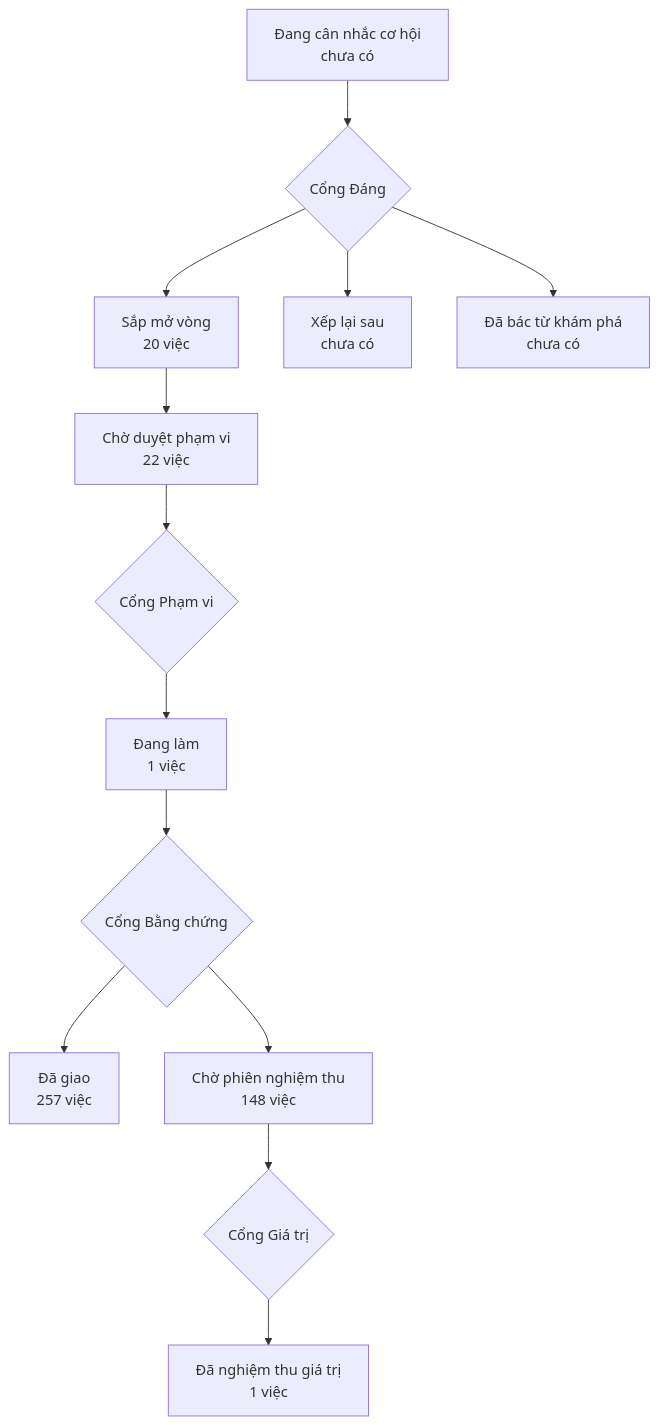
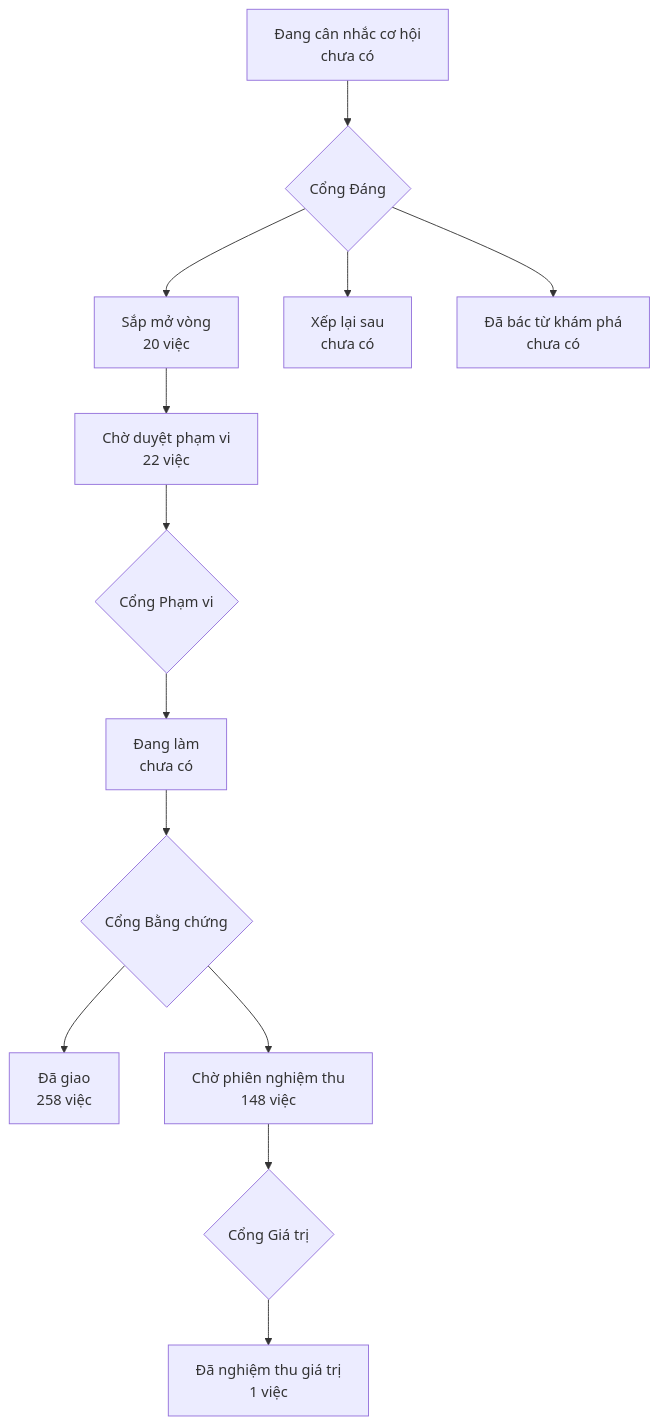
One commit to phanlemanh/onehub-invest changed the diagram in PRODUCT-MAP.md. Above: the diagram before and after it, drawn with Mermaid. The commit also changed other lines of this file and 4 other files, not shown here.

Commit message:
docs(acceptance): PB8 máy thông — mục lo-trinh.json của vòng 1 ghi Known limits theo GS, status machine-cleared (data-api-schema-mau-du-bang-property)

````diff
--- a/PRODUCT-MAP.md
+++ b/PRODUCT-MAP.md
@@ -7,12 +7,12 @@
 ```mermaid
 flowchart TD
   A["Đang cân nhắc cơ hội<br/>chưa có"] --> GD{"Cổng Đáng"}
   GD --> B["Sắp mở vòng<br/>20 việc"]
   GD --> XL["Xếp lại sau<br/>chưa có"]
   GD --> DB["Đã bác từ khám phá<br/>chưa có"]
   B --> CD["Chờ duyệt phạm vi<br/>22 việc"] --> GP{"Cổng Phạm vi"}
-  GP --> DL["Đang làm<br/>1 việc"] --> GB{"Cổng Bằng chứng"}
-  GB --> DG["Đã giao<br/>257 việc"]
+  GP --> DL["Đang làm<br/>chưa có"] --> GB{"Cổng Bằng chứng"}
+  GB --> DG["Đã giao<br/>258 việc"]
   GB --> CN["Chờ phiên nghiệm thu<br/>148 việc"] --> GG{"Cổng Giá trị"}
   GG --> NT["Đã nghiệm thu giá trị<br/>1 việc"]
 ```
````
